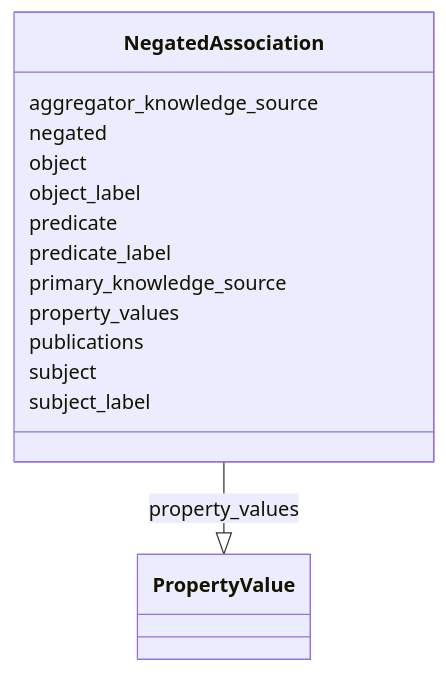
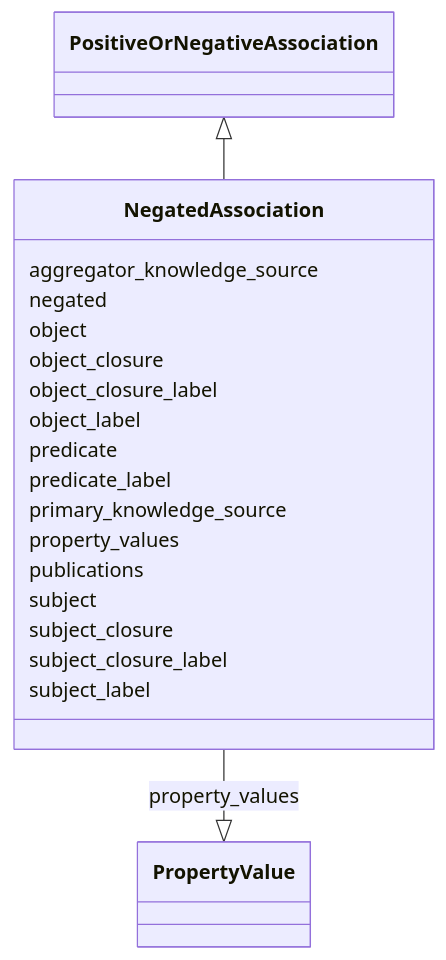
The diagram in association/NegatedAssociation.md (INCATools/ontology-access-kit), drawn with Mermaid before and after one commit. The commit also changed other lines of this file and 74 other files, not shown here.

````diff
--- a/association/NegatedAssociation.md
+++ b/association/NegatedAssociation.md
@@ -14,29 +14,39 @@
 ```{mermaid}
  classDiagram
     class NegatedAssociation
+      PositiveOrNegativeAssociation <|-- NegatedAssociation
+      
       NegatedAssociation : aggregator_knowledge_source
         
       NegatedAssociation : negated
         
       NegatedAssociation : object
+        
+      NegatedAssociation : object_closure
+        
+      NegatedAssociation : object_closure_label
         
       NegatedAssociation : object_label
         
       NegatedAssociation : predicate
         
       NegatedAssociation : predicate_label
         
       NegatedAssociation : primary_knowledge_source
         
       NegatedAssociation : property_values
         
           NegatedAssociation --|> PropertyValue : property_values
         
       NegatedAssociation : publications
         
       NegatedAssociation : subject
         
+      NegatedAssociation : subject_closure
+        
+      NegatedAssociation : subject_closure_label
+        
       NegatedAssociation : subject_label
         
       
 ```
````
